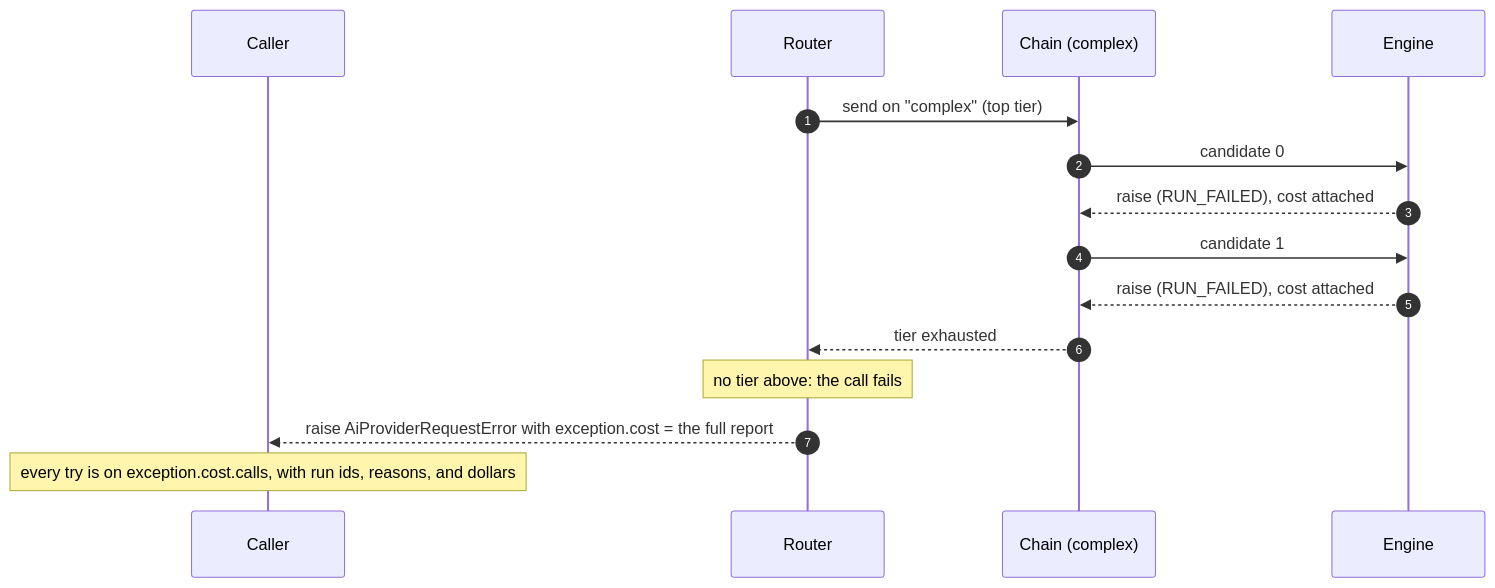
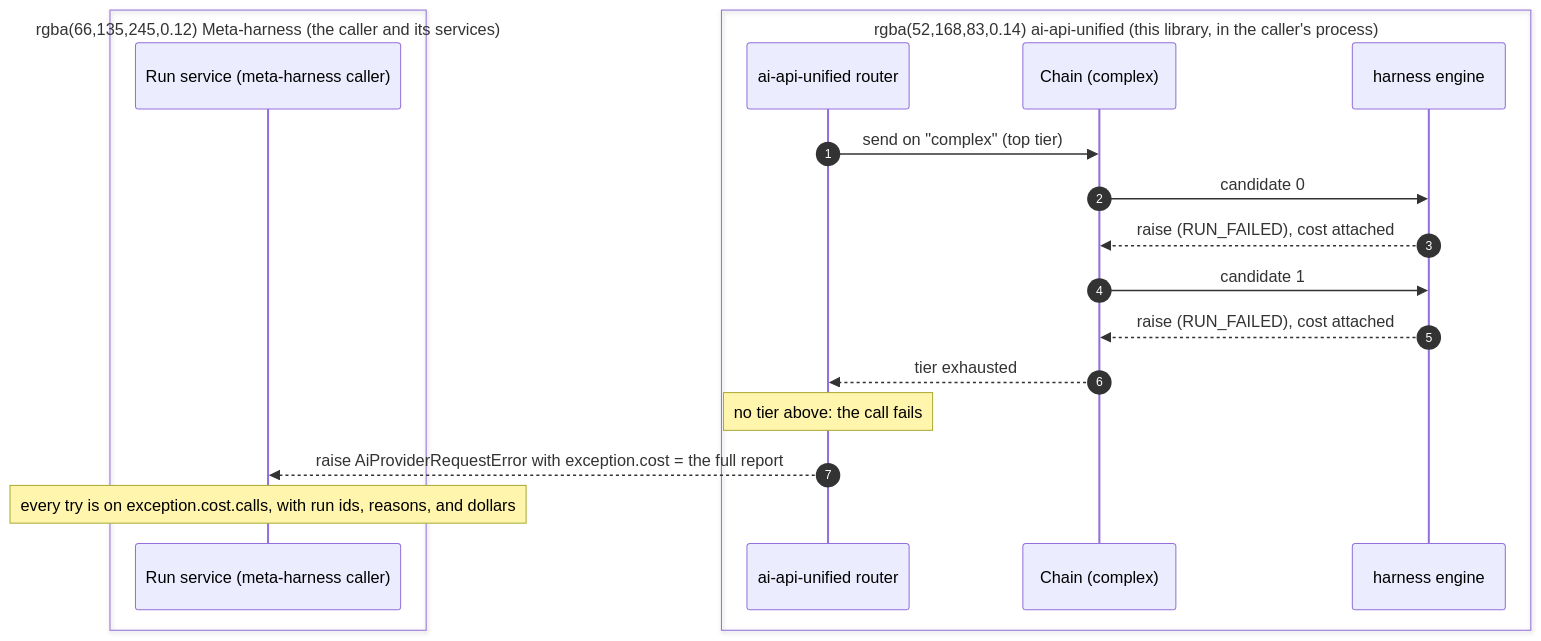
Before and after one commit to davecthomas/ai-api-unified: the fourth of 8 diagrams in docs/harness_engine_design.md, drawn with Mermaid. The commit also changed other lines of this file, not shown here.

First line of the commit message:
docs/harness-engine-sequences: group sequence participants by owner

````diff
--- a/docs/harness_engine_design.md
+++ b/docs/harness_engine_design.md
@@ -192,18 +215,22 @@
 ```mermaid
 sequenceDiagram
     autonumber
-    participant C as Caller
-    participant R as Router
+    box rgba(66,135,245,0.12) Meta-harness (the caller and its services)
+    participant C as Run service (meta-harness caller)
+    end
+    box rgba(52,168,83,0.14) ai-api-unified (this library, in the caller's process)
+    participant R as ai-api-unified router
     participant F as Chain (complex)
-    participant E as Engine
+    participant E as harness engine
+    end
 
     R->>F: send on "complex" (top tier)
     F->>E: candidate 0
     E-->>F: raise (RUN_FAILED), cost attached
     F->>E: candidate 1
     E-->>F: raise (RUN_FAILED), cost attached
     F-->>R: tier exhausted
     Note over R: no tier above: the call fails
     R-->>C: raise AiProviderRequestError with exception.cost = the full report
     Note over C: every try is on exception.cost.calls, with run ids, reasons, and dollars
 ```
````
